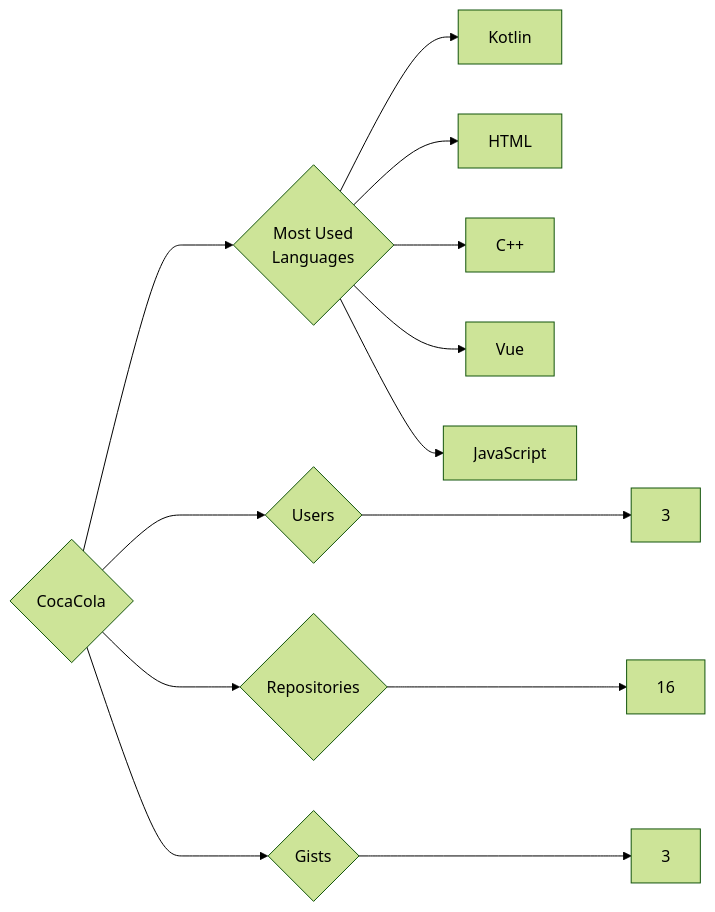
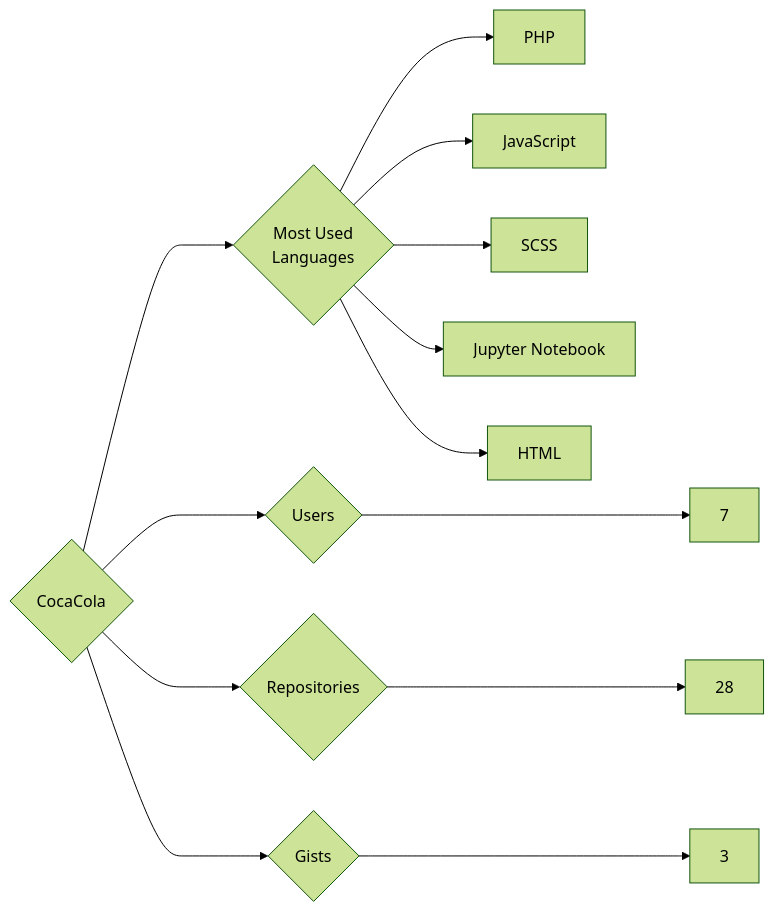
One commit to trickest/insiders changed the diagram in targets/CocaCola/README.md. Above: the diagram before and after it, drawn with Mermaid (forest theme). The commit also changed 1175 other files, not shown here.

````diff
--- a/targets/CocaCola/README.md
+++ b/targets/CocaCola/README.md
@@ -3,13 +3,13 @@
 ```mermaid
 graph LR
 COMPANY_NAME{CocaCola}
-COMPANY_NAME ---> U{Users} ---> UN[3]
-COMPANY_NAME ---> R{Repositories} ---> RN[16]
+COMPANY_NAME ---> U{Users} ---> UN[7]
+COMPANY_NAME ---> R{Repositories} ---> RN[28]
 COMPANY_NAME ---> G{Gists} ---> GN[3]
 COMPANY_NAME ---> ML{Most Used<br>Languages}
-ML --> Kotlin[Kotlin]
+ML --> PHP[PHP]
+ML --> JavaScript[JavaScript]
+ML --> SCSS[SCSS]
+ML --> Jupyter_Notebook[Jupyter Notebook]
 ML --> HTML[HTML]
-ML --> C++[C++]
-ML --> Vue[Vue]
-ML --> JavaScript[JavaScript]
 ```
````
